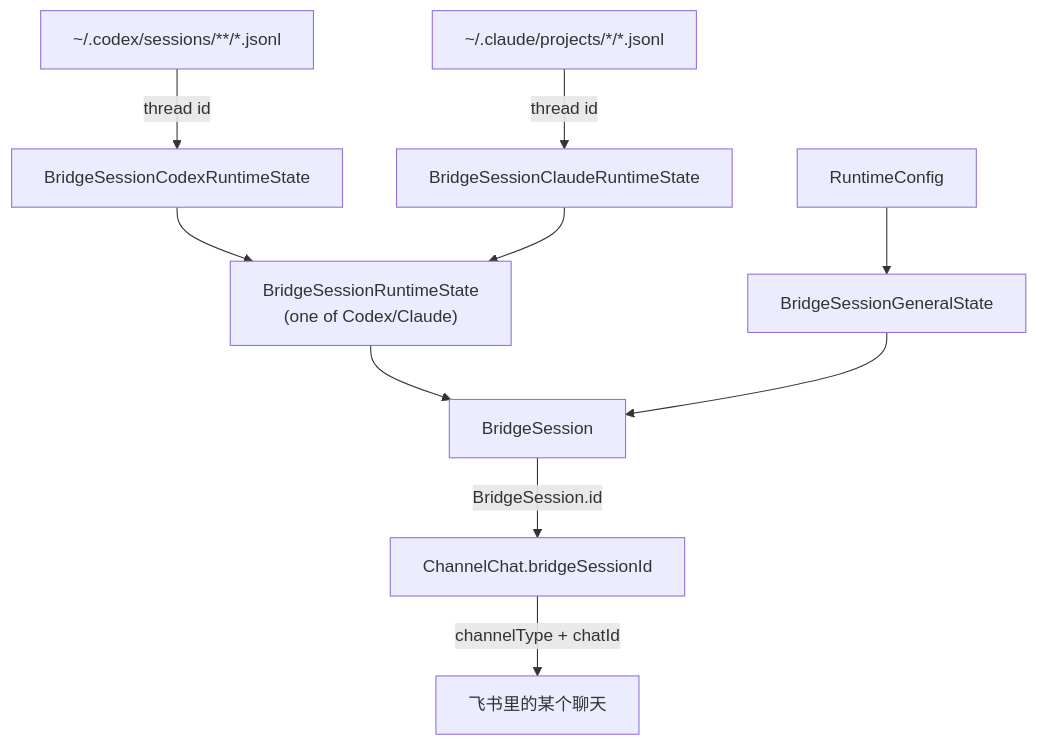
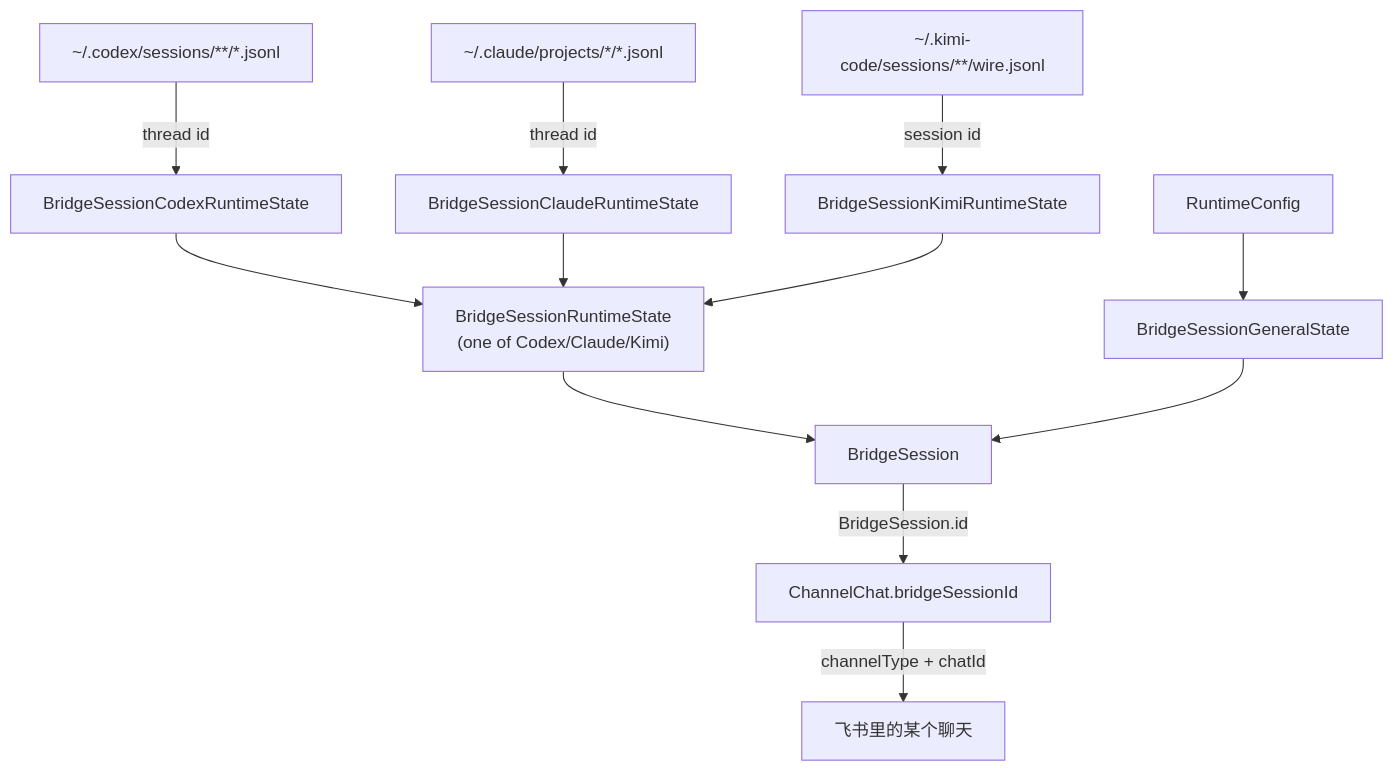
One commit to huiyeruzhou/codelark changed the diagram in docs/architecture/backend-status.md. Above: the diagram before and after it, drawn with Mermaid. The commit also changed other lines of this file and 191 other files, not shown here.

Commit message:
Add Kimi tmux runtime support

````diff
--- a/docs/architecture/backend-status.md
+++ b/docs/architecture/backend-status.md
@@ -18,27 +18,32 @@
 ```mermaid
 flowchart TB
   codexJsonl["~/.codex/sessions/**/*.jsonl"]
   claudeJsonl["~/.claude/projects/*/*.jsonl"]
   runtimeCfg["RuntimeConfig"]
 
   codexState["BridgeSessionCodexRuntimeState"]
   claudeState["BridgeSessionClaudeRuntimeState"]
   generalState["BridgeSessionGeneralState"]
 
-  runtimeState["BridgeSessionRuntimeState<br/>(one of Codex/Claude)"]
+  kimiWire["~/.kimi-code/sessions/**/wire.jsonl"]
+  kimiState["BridgeSessionKimiRuntimeState"]
+
+  runtimeState["BridgeSessionRuntimeState<br/>(one of Codex/Claude/Kimi)"]
   bridgeSession["BridgeSession"]
   channelChat["ChannelChat.bridgeSessionId"]
   feishuChat["飞书里的某个聊天"]
 
   codexJsonl -->|"thread id"| codexState
   claudeJsonl -->|"thread id"| claudeState
+  kimiWire -->|"session id"| kimiState
   runtimeCfg --> generalState
 
   codexState --> runtimeState
   claudeState --> runtimeState
+  kimiState --> runtimeState
   runtimeState --> bridgeSession
   generalState --> bridgeSession
 
   bridgeSession -->|"BridgeSession.id"| channelChat
   channelChat -->|"channelType + chatId"| feishuChat
 ```
````
